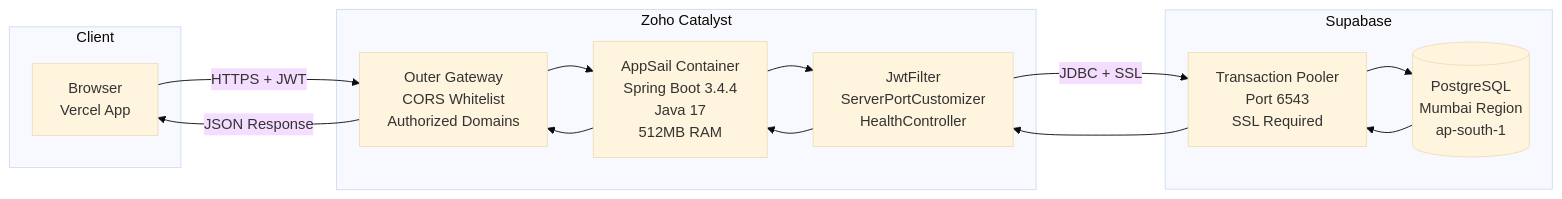
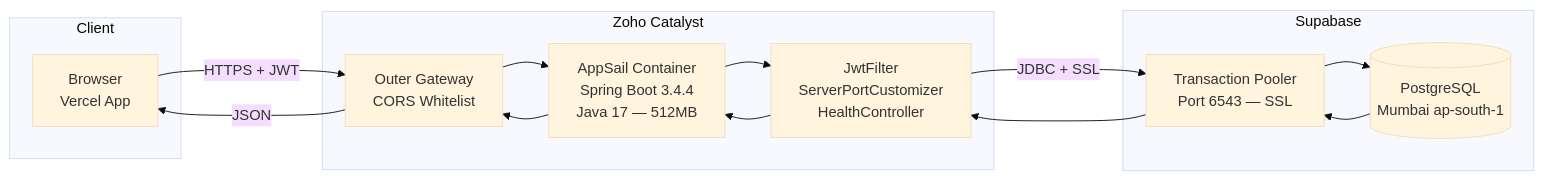
Diagram 16 of 19 in README.Md (KARTHIKAKRISHNA123/todoist), drawn with Mermaid (base theme) before and after one commit. The commit also changed other lines of this file, not shown here.

````diff
--- a/README.Md
+++ b/README.Md
@@ -950,28 +805,21 @@
 ```mermaid
 flowchart LR
     subgraph Client
         A[Browser\nVercel App]
     end
 
-    subgraph Zoho Catalyst
-        B[Outer Gateway\nCORS Whitelist\nAuthorized Domains]
-        C[AppSail Container\nSpring Boot 3.4.4\nJava 17\n512MB RAM]
+    subgraph ZohoCatalyst [Zoho Catalyst]
+        B[Outer Gateway\nCORS Whitelist]
+        C[AppSail Container\nSpring Boot 3.4.4\nJava 17 — 512MB]
         D[JwtFilter\nServerPortCustomizer\nHealthController]
     end
 
-    subgraph Supabase
-        E[Transaction Pooler\nPort 6543\nSSL Required]
-        F[(PostgreSQL\nMumbai Region\nap-south-1)]
+    subgraph SupabaseCloud [Supabase]
+        E[Transaction Pooler\nPort 6543 — SSL]
+        F[(PostgreSQL\nMumbai ap-south-1)]
     end
 
-    A -->|HTTPS + JWT| B
-    B --> C
-    C --> D
-    D -->|JDBC + SSL| E
-    E --> F
-    F --> E
-    E --> D
-    D --> C
-    C --> B
-    B -->|JSON Response| A
+    A -->|HTTPS + JWT| B --> C --> D
+    D -->|JDBC + SSL| E --> F
+    F --> E --> D --> C --> B -->|JSON| A
 ```
````
